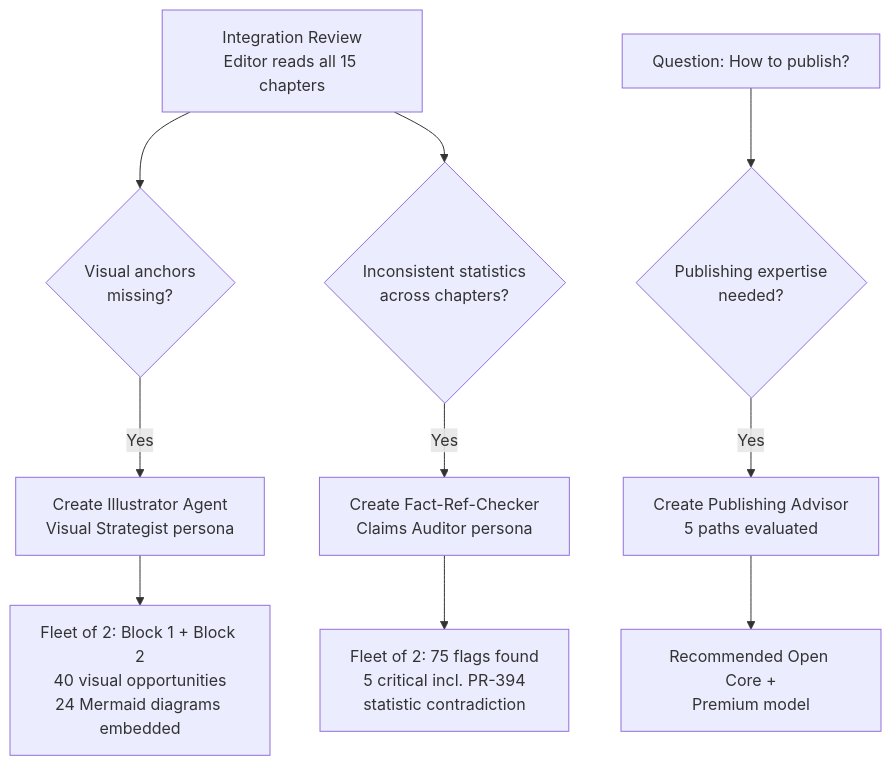
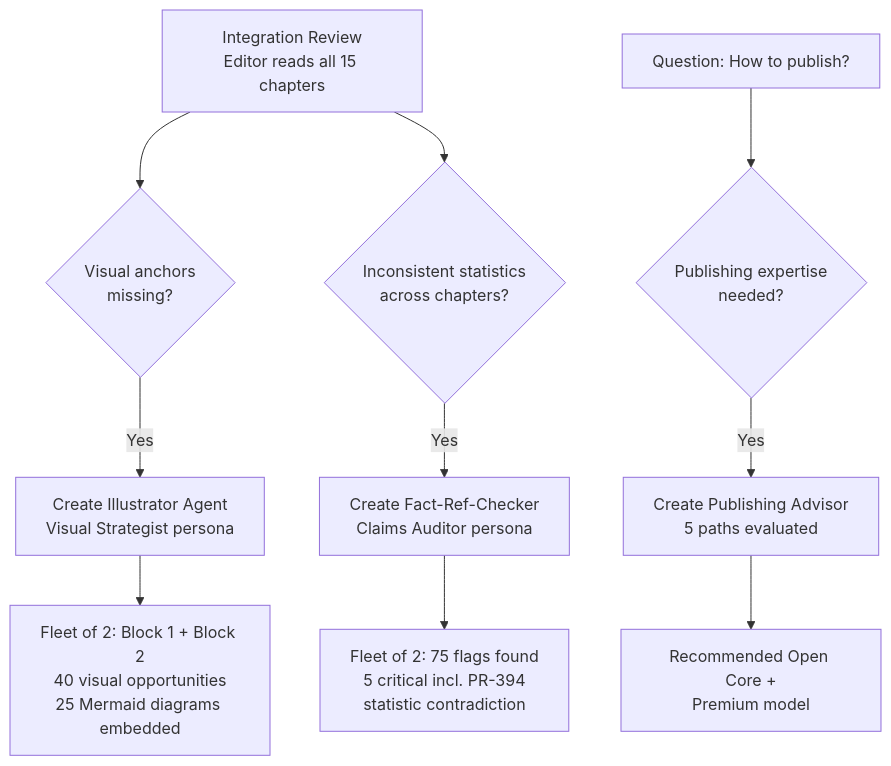
Before and after one commit to danielmeppiel/agentic-sdlc-handbook: the fourth of 4 diagrams in case-study-handbook-writing.qmd, drawn with Mermaid. The commit also changed other lines of this file and 8 other files, not shown here.

````diff
--- a/case-study-handbook-writing.qmd
+++ b/case-study-handbook-writing.qmd
@@ -173,19 +173,19 @@
 ```{mermaid}
 %%| fig-width: 4.5
 %%| fig-cap: "Dynamic persona creation in response to process gaps"
-%%| fig-alt: "Flowchart showing three process gaps that triggered dynamic persona creation. First path: Integration Review where editor reads all 15 chapters leads to a decision node asking if visual anchors are missing. Yes leads to creating the Illustrator Agent (Visual Strategist persona), which produces a fleet of 2 agents finding 40 visual opportunities and embedding 24 Mermaid diagrams. Second path: Integration Review leads to a decision node asking if inconsistent statistics exist across chapters. Yes leads to creating the Fact-Ref-Checker (Claims Auditor persona), which produces a fleet of 2 agents finding 75 flags including 5 critical ones. Third path: The question 'How to publish?' leads to a decision node asking if publishing expertise is needed. Yes leads to creating the Publishing Advisor, which evaluates 5 paths and recommends Open Core plus Premium model."
+%%| fig-alt: "Flowchart showing three process gaps that triggered dynamic persona creation. First path: Integration Review where editor reads all 15 chapters leads to a decision node asking if visual anchors are missing. Yes leads to creating the Illustrator Agent (Visual Strategist persona), which produces a fleet of 2 agents finding 40 visual opportunities and embedding 25 Mermaid diagrams. Second path: Integration Review leads to a decision node asking if inconsistent statistics exist across chapters. Yes leads to creating the Fact-Ref-Checker (Claims Auditor persona), which produces a fleet of 2 agents finding 75 flags including 5 critical ones. Third path: The question 'How to publish?' leads to a decision node asking if publishing expertise is needed. Yes leads to creating the Publishing Advisor, which evaluates 5 paths and recommends Open Core plus Premium model."
 %%| label: fig-cs-dynamic-personas
 flowchart TD
     A[Integration Review<br/>Editor reads all 15 chapters] --> B{Visual anchors<br/>missing?}
     B -->|Yes| C[Create Illustrator Agent<br/>Visual Strategist persona]
-    C --> D[Fleet of 2: Block 1 + Block 2<br/>40 visual opportunities<br/>24 Mermaid diagrams embedded]
+    C --> D[Fleet of 2: Block 1 + Block 2<br/>40 visual opportunities<br/>25 Mermaid diagrams embedded]
 
     A --> E{Inconsistent statistics<br/>across chapters?}
     E -->|Yes| F[Create Fact-Ref-Checker<br/>Claims Auditor persona]
     F --> G[Fleet of 2: 75 flags found<br/>5 critical incl. PR-394<br/>statistic contradiction]
 
     H[Question: How to publish?] --> I{Publishing expertise<br/>needed?}
     I -->|Yes| J[Create Publishing Advisor<br/>5 paths evaluated]
     J --> K[Recommended Open Core +<br/>Premium model]
 
 ```
````
